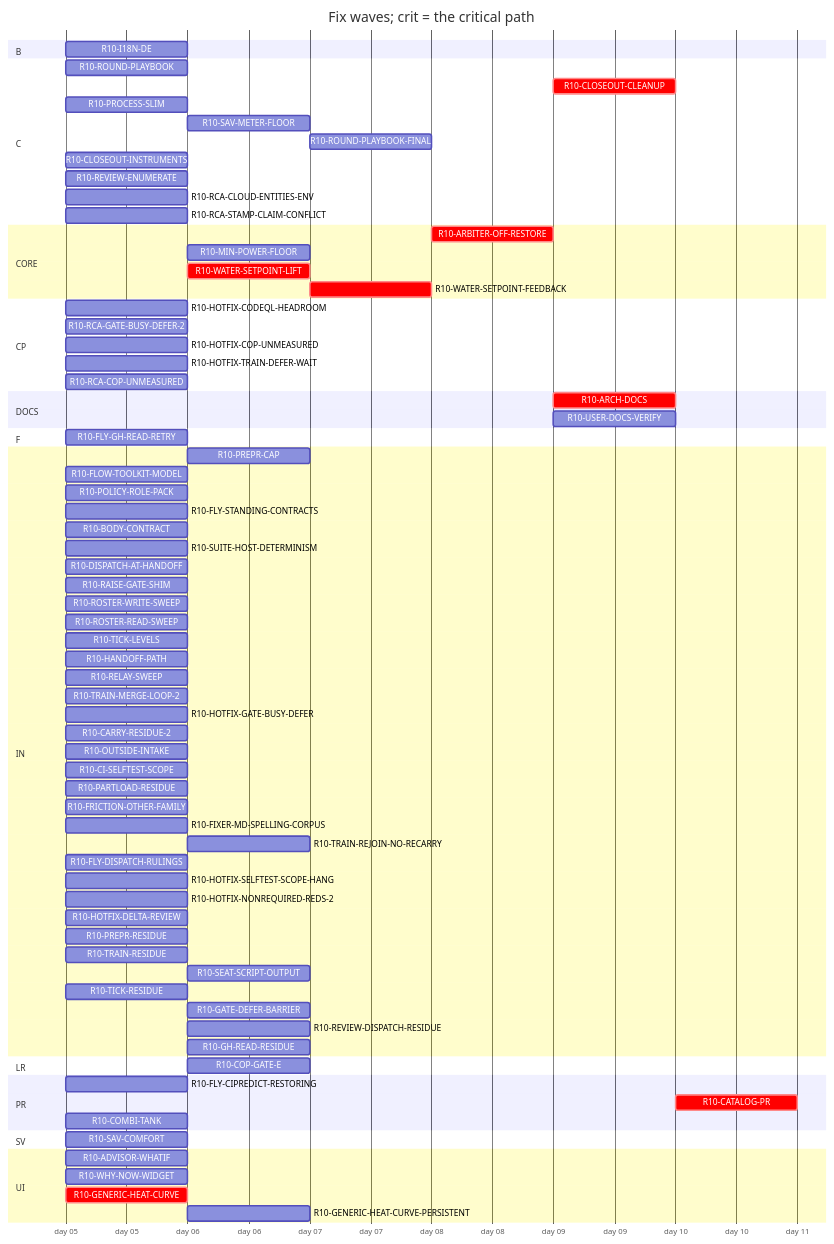
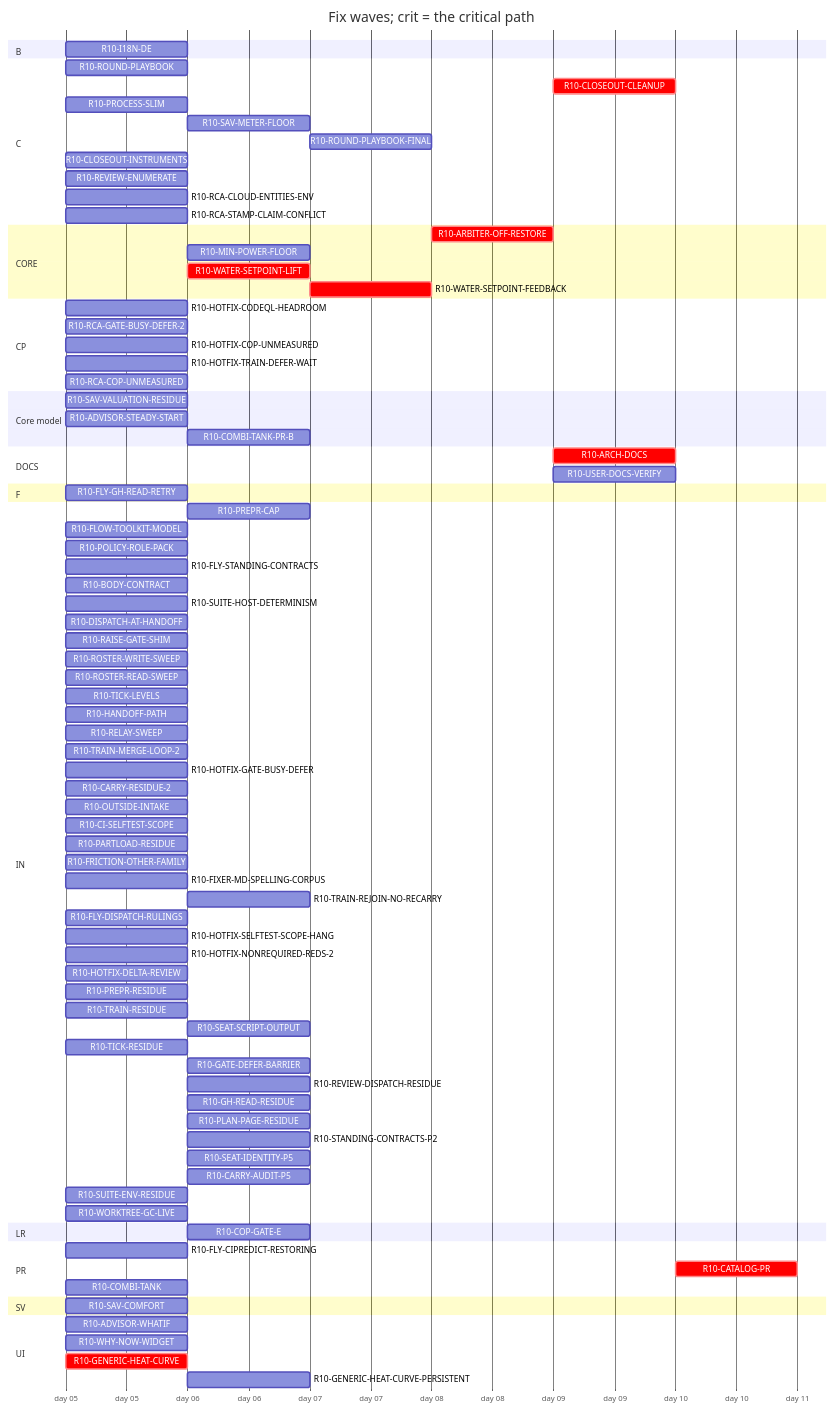
The diagram in handoff/round10/state/PLAN-TABLE.md (tvofi/heatpump_optimizer), drawn with Mermaid before and after one commit. The commit also changed other lines of this file and 3 other files, not shown here.

Commit message:
state: FLOW-BOARD.md, NEXT-SESSION-PROMPT.md, PLAN-TABLE.md, RESUME-CURRENT.md regenerated (state_docs.py)

```diff
--- a/handoff/round10/state/PLAN-TABLE.md
+++ b/handoff/round10/state/PLAN-TABLE.md
@@ -49,6 +50,10 @@
     R10-HOTFIX-COP-UNMEASURED :r10HOTFIXCOPUNMEASURED, 2026-01-05, 1d
     R10-HOTFIX-TRAIN-DEFER-WAIT :r10HOTFIXTRAINDEFERWAIT, 2026-01-05, 1d
     R10-RCA-COP-UNMEASURED :r10RCACOPUNMEASURED, 2026-01-05, 1d
+  section Core model
+    R10-SAV-VALUATION-RESIDUE :r10SAVVALUATIONRESIDUE, 2026-01-05, 1d
+    R10-ADVISOR-STEADY-START :r10ADVISORSTEADYSTART, 2026-01-05, 1d
+    R10-COMBI-TANK-PR-B :r10COMBITANKPRB, after r10COMBITANK, 1d
   section DOCS
     R10-ARCH-DOCS :crit, r10ARCHDOCS, after r10SAVCOMFORT r10WHYNOWWIDGET r10ADVISORWHATIF r10PREPRCAP r10HANDOFFPATH r10RELAYSWEEP r10DISPATCHATHANDOFF r10BODYCONTRACT r10TICKLEVELS r10ROSTERWRITESWEEP r10ROSTERREADSWEEP r10FLYSTANDINGCONTRACTS r10POLICYROLEPACK r10FLOWTOOLKITMODEL r10FLYCIPREDICTRESTORING r10RAISEGATESHIM r10FLYGHREADRETRY r10SUITEHOSTDETERMINISM r10PROCESSSLIM r10SAVMETERFLOOR r10HOTFIXCOPUNMEASURED r10COPGATEE r10PARTLOADRESIDUE r10I18NDE r10GENERICHEATCURVE r10GENERICHEATCURVEPERSISTENT r10ARBITEROFFRESTORE r10TRAINMERGELOOP2 r10CARRYRESIDUE2 r10HOTFIXCODEQLHEADROOM r10OUTSIDEINTAKE r10HOTFIXTRAINDEFERWAIT r10CISELFTESTSCOPE r10COMBITANK r10CLOSEOUTINSTRUMENTS r10MINPOWERFLOOR r10ROUNDPLAYBOOK r10RCAGATEBUSYDEFER2 r10FRICTIONOTHERFAMILY r10RCACOPUNMEASURED, 1d
     R10-USER-DOCS-VERIFY :r10USERDOCSVERIFY, after r10SAVCOMFORT r10WHYNOWWIDGET r10ADVISORWHATIF r10SAVMETERFLOOR r10HOTFIXCOPUNMEASURED r10COPGATEE r10PARTLOADRESIDUE r10I18NDE r10GENERICHEATCURVE r10GENERICHEATCURVEPERSISTENT r10ARBITEROFFRESTORE r10COMBITANK r10MINPOWERFLOOR, 1d
@@ -88,6 +93,12 @@
     R10-GATE-DEFER-BARRIER :r10GATEDEFERBARRIER, after r10TRAINRESIDUE r10TICKRESIDUE, 1d
     R10-REVIEW-DISPATCH-RESIDUE :r10REVIEWDISPATCHRESIDUE, after r10DISPATCHATHANDOFF r10REVIEWENUMERATE r10HOTFIXDELTAREVIEW r10PROCESSSLIM, 1d
     R10-GH-READ-RESIDUE :r10GHREADRESIDUE, after r10FLYGHREADRETRY, 1d
+    R10-PLAN-PAGE-RESIDUE :r10PLANPAGERESIDUE, after r10OUTSIDEINTAKE, 1d
+    R10-STANDING-CONTRACTS-P2 :r10STANDINGCONTRACTSP2, after r10FIXERMDSPELLINGCORPUS, 1d
+    R10-SEAT-IDENTITY-P5 :r10SEATIDENTITYP5, after r10TICKRESIDUE, 1d
+    R10-CARRY-AUDIT-P5 :r10CARRYAUDITP5, after r10BODYCONTRACT, 1d
+    R10-SUITE-ENV-RESIDUE :r10SUITEENVRESIDUE, 2026-01-05, 1d
+    R10-WORKTREE-GC-LIVE :r10WORKTREEGCLIVE, 2026-01-05, 1d
   section LR
     R10-COP-GATE-E :r10COPGATEE, after r10HOTFIXCOPUNMEASURED, 1d
   section PR
```
